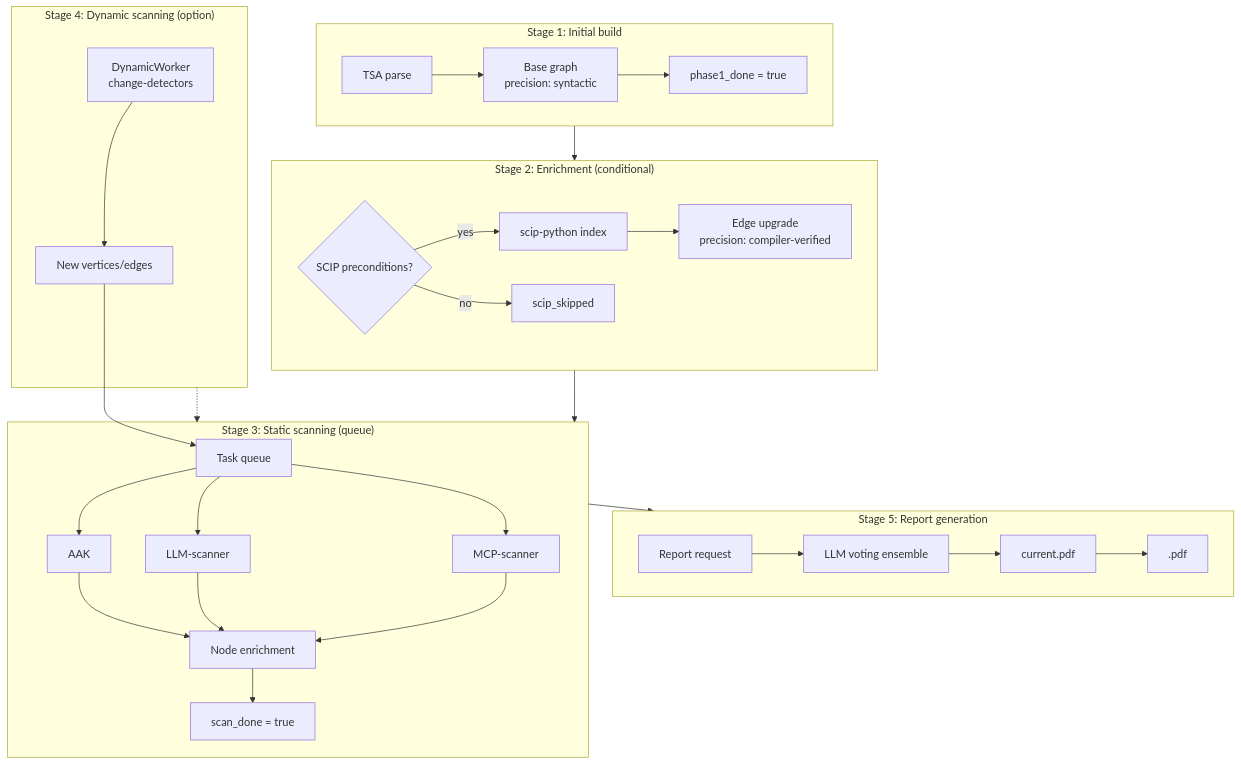
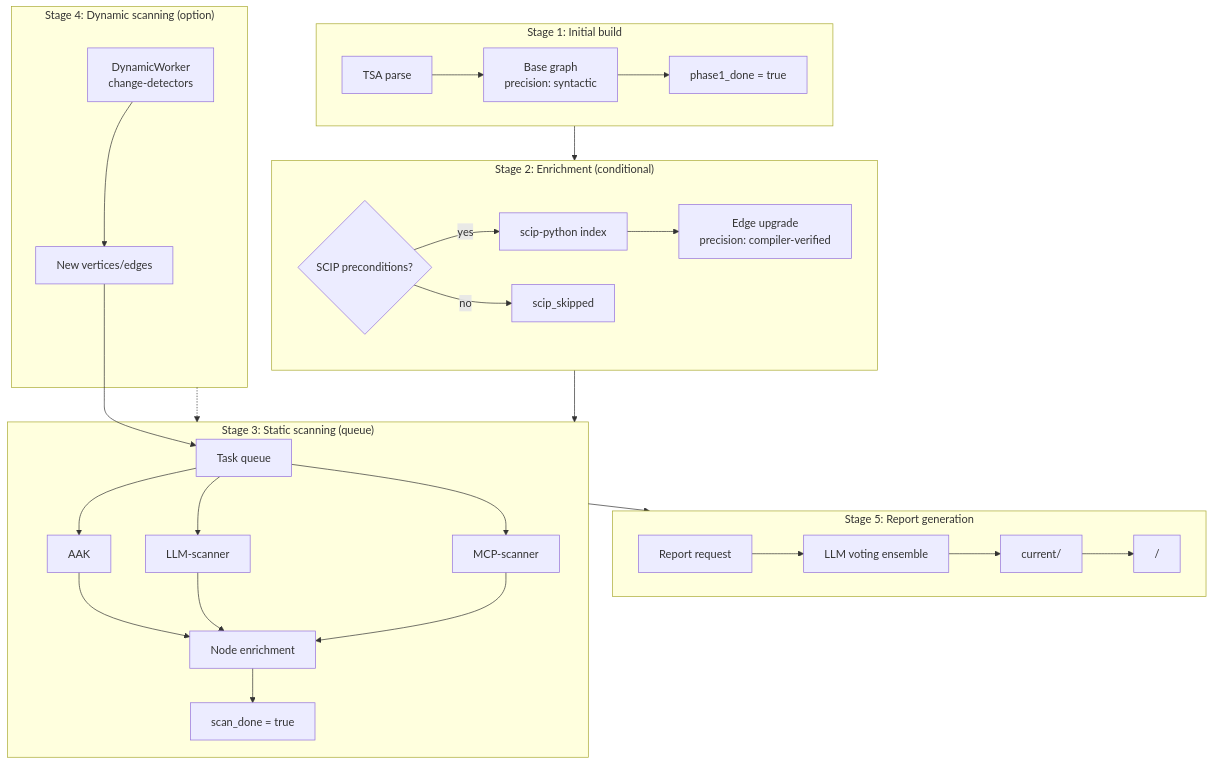
Before and after one commit to Malinowiy/AICorellator: the diagram in Documentation/ADR/ADR_003.md, drawn with Mermaid. The commit also changed other lines of this file and 8 other files, not shown here.

Commit message:
Architecture review leads to fixes.

````diff
--- a/Documentation/ADR/ADR_003.md
+++ b/Documentation/ADR/ADR_003.md
@@ -108,43 +108,43 @@
 ```mermaid
 flowchart TB
     subgraph S1["Stage 1: Initial build"]
         TSA[TSA parse] --> G1[Base graph<br/>precision: syntactic]
         G1 --> F1[phase1_done = true]
     end
 
     subgraph S2["Stage 2: Enrichment (conditional)"]
         CHK{SCIP preconditions?}
         CHK -->|yes| SCIP[scip-python index]
         SCIP --> G2[Edge upgrade<br/>precision: compiler-verified]
         CHK -->|no| SKIP[scip_skipped]
     end
 
     subgraph S3["Stage 3: Static scanning (queue)"]
         Q[Task queue]
         Q --> W1[AAK]
         Q --> W2[LLM-scanner]
         Q --> W3[MCP-scanner]
         W1 --> EN[Node enrichment]
         W2 --> EN
         W3 --> EN
         EN --> F2[scan_done = true]
     end
 
     subgraph S4["Stage 4: Dynamic scanning (option)"]
         DW[DynamicWorker<br/>change-detectors]
         DW --> NEW[New vertices/edges]
         NEW --> Q
     end
 
     subgraph S5["Stage 5: Report generation"]
         REQ[Report request]
         REQ --> LLM[LLM voting ensemble]
-        LLM --> PDF[current.pdf]
-        PDF --> ARCH["<timestamp>.pdf"]
+        LLM --> PDF[current/]
+        PDF --> ARCH["<timestamp>/"]
     end
 
     S1 --> S2
     S2 --> S3
     S3 --> S5
     S4 -.-> S3
 ```
````
